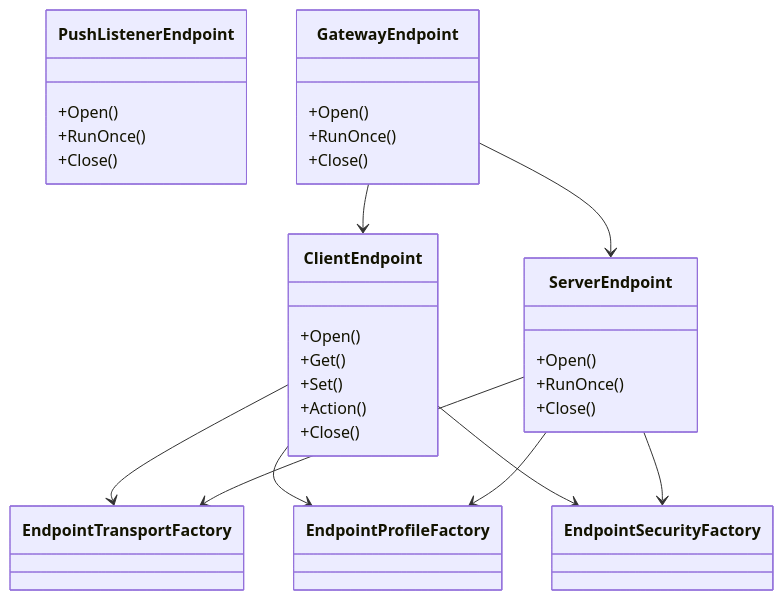
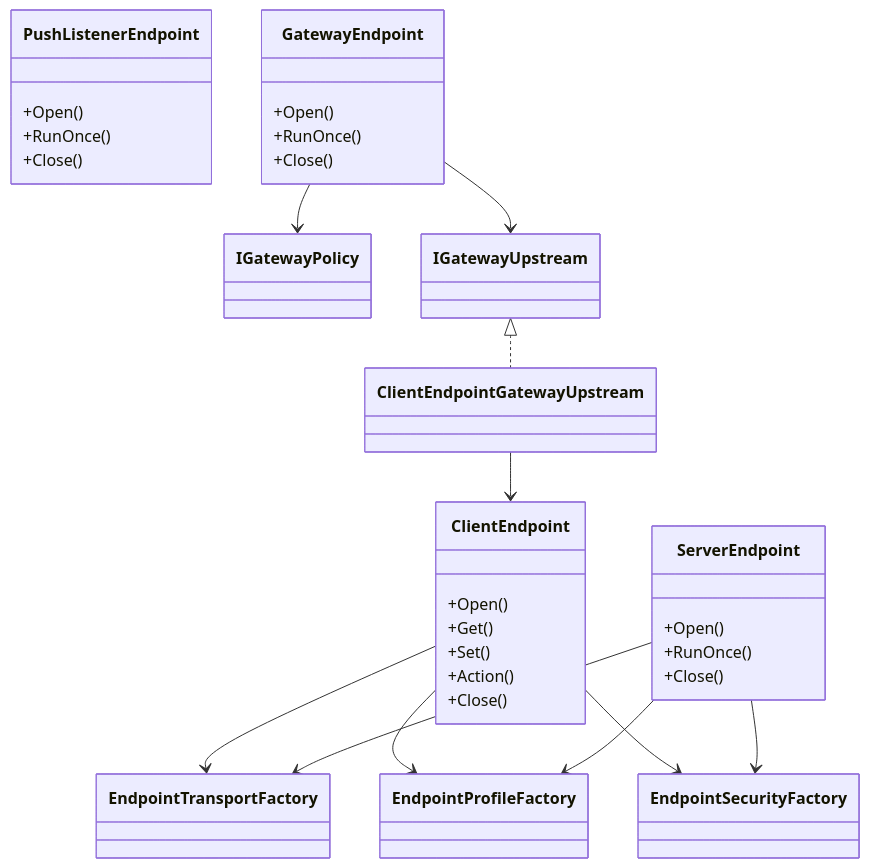
Before and after one commit to gvtret/dlms: diagram 12 of 12 in docs/system_architecture.md, drawn with Mermaid. The commit also changed other lines of this file and 7 other files, not shown here.

````diff
--- a/docs/system_architecture.md
+++ b/docs/system_architecture.md
@@ -804,41 +804,45 @@
 ```mermaid
 classDiagram
   class ClientEndpoint {
     +Open()
     +Get()
     +Set()
     +Action()
     +Close()
   }
 
   class ServerEndpoint {
     +Open()
     +RunOnce()
     +Close()
   }
 
   class PushListenerEndpoint {
     +Open()
     +RunOnce()
     +Close()
   }
 
   class GatewayEndpoint {
     +Open()
     +RunOnce()
     +Close()
   }
 
+  class IGatewayPolicy
+  class IGatewayUpstream
   class EndpointTransportFactory
   class EndpointProfileFactory
   class EndpointSecurityFactory
 
   ClientEndpoint --> EndpointTransportFactory
   ClientEndpoint --> EndpointProfileFactory
   ClientEndpoint --> EndpointSecurityFactory
   ServerEndpoint --> EndpointTransportFactory
   ServerEndpoint --> EndpointProfileFactory
   ServerEndpoint --> EndpointSecurityFactory
-  GatewayEndpoint --> ClientEndpoint
-  GatewayEndpoint --> ServerEndpoint
+  GatewayEndpoint --> IGatewayPolicy
+  GatewayEndpoint --> IGatewayUpstream
+  IGatewayUpstream <|.. ClientEndpointGatewayUpstream
+  ClientEndpointGatewayUpstream --> ClientEndpoint
 ```
````
